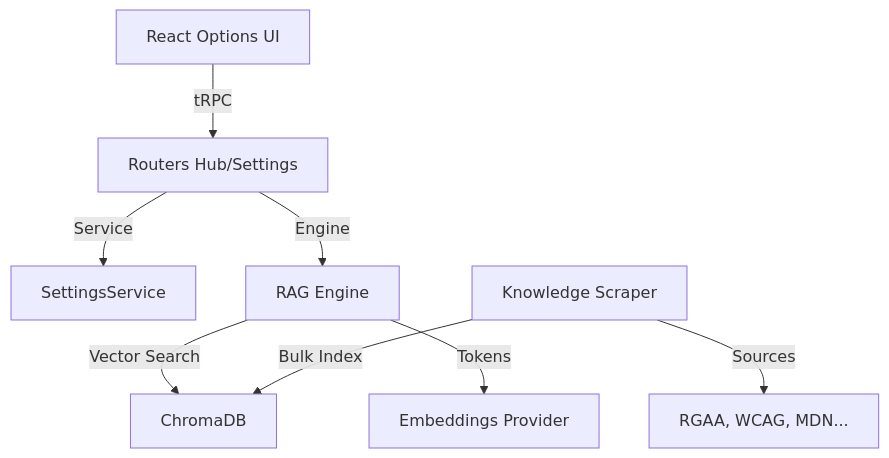
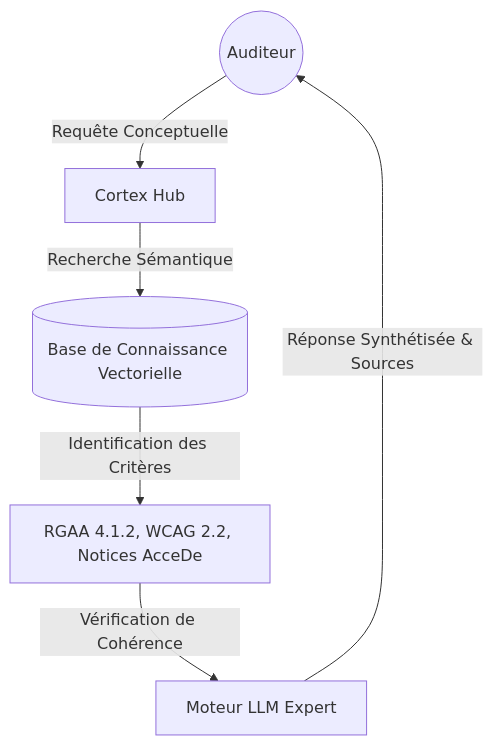
The diagram in docs/walkthrough.md (kchami77/rgaa-extractor), drawn with Mermaid before and after one commit. The commit also changed other lines of this file, not shown here.

````diff
--- a/docs/walkthrough.md
+++ b/docs/walkthrough.md
@@ -168,10 +32,8 @@
 ```mermaid
 graph TD
-    UI[React Options UI] -->|tRPC| Router[Routers Hub/Settings]
-    Router -->|Service| SS[SettingsService]
-    Router -->|Engine| RAG[RAG Engine]
-    RAG -->|Vector Search| Chroma[ChromaDB]
-    RAG -->|Tokens| Embed[Embeddings Provider]
-    Scraper[Knowledge Scraper] -->|Bulk Index| Chroma
-    Scraper -->|Sources| Web[RGAA, WCAG, MDN...]
+    User((Auditeur)) -->|Requête Conceptuelle| Hub[Cortex Hub]
+    Hub -->|Recherche Sémantique| VectorDB[(Base de Connaissance Vectorielle)]
+    VectorDB -->|Identification des Critères| Context[RGAA 4.1.2, WCAG 2.2, Notices AcceDe]
+    Context -->|Vérification de Cohérence| AI[Moteur LLM Expert]
+    AI -->|Réponse Synthétisée & Sources| User
 ```
````
